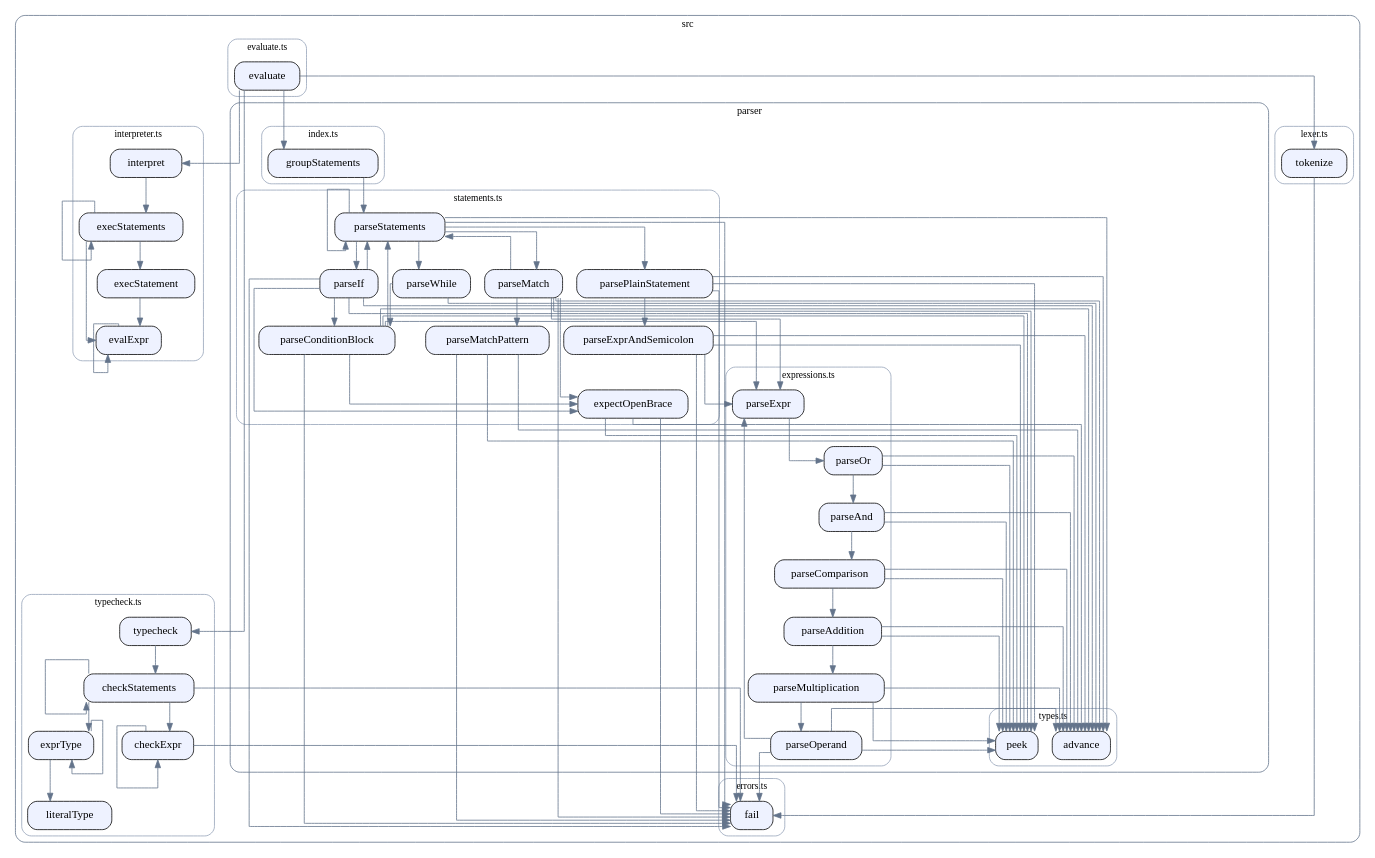
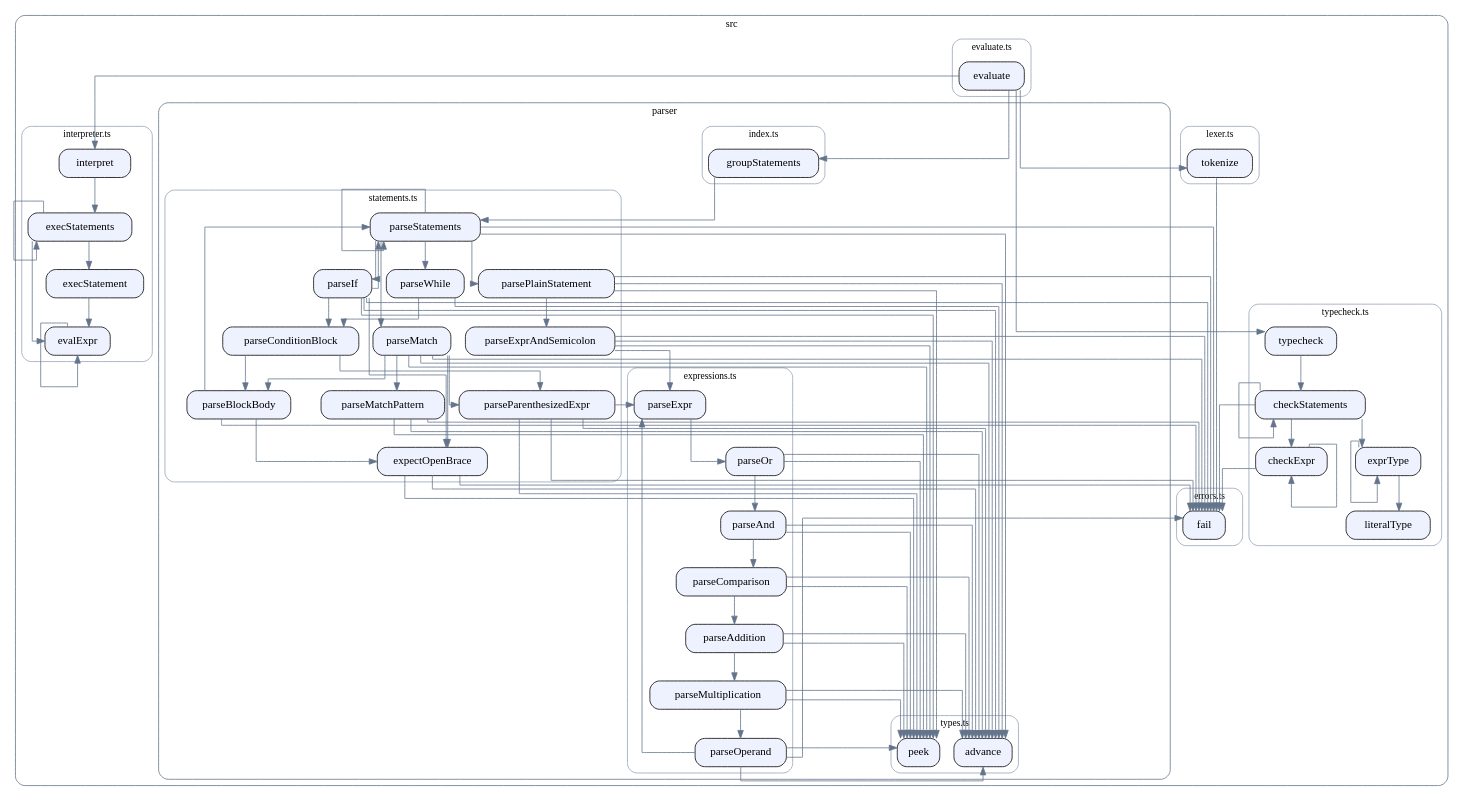
Before and after one commit to SirMathhman/Tuff: the diagram in docs/callgraph.dot, drawn with Graphviz. The commit also changed 4 other files, not shown here.

Commit message:
Extract shared parenthesized-expr and block-body parse helpers

```diff
--- a/docs/callgraph.dot
+++ b/docs/callgraph.dot
@@ -94,6 +94,8 @@
     "src\\parser\\statements.ts::parseExprAndSemicolon" [label="parseExprAndSemicolon"];
     "src\\parser\\statements.ts::expectOpenBrace" [label="expectOpenBrace"];
     "src\\parser\\statements.ts::parsePlainStatement" [label="parsePlainStatement"];
+    "src\\parser\\statements.ts::parseParenthesizedExpr" [label="parseParenthesizedExpr"];
+    "src\\parser\\statements.ts::parseBlockBody" [label="parseBlockBody"];
     "src\\parser\\statements.ts::parseConditionBlock" [label="parseConditionBlock"];
     "src\\parser\\statements.ts::parseIf" [label="parseIf"];
     "src\\parser\\statements.ts::parseWhile" [label="parseWhile"];
@@ -161,12 +163,15 @@
   "src\\parser\\statements.ts::parsePlainStatement" -> "src\\errors.ts::fail";
   "src\\parser\\statements.ts::parsePlainStatement" -> "src\\parser\\types.ts::advance";
   "src\\parser\\statements.ts::parsePlainStatement" -> "src\\parser\\statements.ts::parseExprAndSemicolon";
-  "src\\parser\\statements.ts::parseConditionBlock" -> "src\\parser\\types.ts::peek";
-  "src\\parser\\statements.ts::parseConditionBlock" -> "src\\errors.ts::fail";
-  "src\\parser\\statements.ts::parseConditionBlock" -> "src\\parser\\types.ts::advance";
-  "src\\parser\\statements.ts::parseConditionBlock" -> "src\\parser\\expressions.ts::parseExpr";
-  "src\\parser\\statements.ts::parseConditionBlock" -> "src\\parser\\statements.ts::expectOpenBrace";
-  "src\\parser\\statements.ts::parseConditionBlock" -> "src\\parser\\statements.ts::parseStatements";
+  "src\\parser\\statements.ts::parseParenthesizedExpr" -> "src\\parser\\types.ts::peek";
+  "src\\parser\\statements.ts::parseParenthesizedExpr" -> "src\\errors.ts::fail";
+  "src\\parser\\statements.ts::parseParenthesizedExpr" -> "src\\parser\\types.ts::advance";
+  "src\\parser\\statements.ts::parseParenthesizedExpr" -> "src\\parser\\expressions.ts::parseExpr";
+  "src\\parser\\statements.ts::parseBlockBody" -> "src\\parser\\statements.ts::expectOpenBrace";
+  "src\\parser\\statements.ts::parseBlockBody" -> "src\\parser\\statements.ts::parseStatements";
+  "src\\parser\\statements.ts::parseBlockBody" -> "src\\errors.ts::fail";
+  "src\\parser\\statements.ts::parseConditionBlock" -> "src\\parser\\statements.ts::parseParenthesizedExpr";
+  "src\\parser\\statements.ts::parseConditionBlock" -> "src\\parser\\statements.ts::parseBlockBody";
   "src\\parser\\statements.ts::parseIf" -> "src\\parser\\types.ts::advance";
   "src\\parser\\statements.ts::parseIf" -> "src\\parser\\statements.ts::parseConditionBlock";
   "src\\parser\\statements.ts::parseIf" -> "src\\parser\\types.ts::peek";
@@ -179,12 +184,12 @@
   "src\\parser\\statements.ts::parseMatchPattern" -> "src\\errors.ts::fail";
   "src\\parser\\statements.ts::parseMatchPattern" -> "src\\parser\\types.ts::advance";
   "src\\parser\\statements.ts::parseMatch" -> "src\\parser\\types.ts::advance";
+  "src\\parser\\statements.ts::parseMatch" -> "src\\parser\\statements.ts::parseParenthesizedExpr";
+  "src\\parser\\statements.ts::parseMatch" -> "src\\parser\\statements.ts::expectOpenBrace";
   "src\\parser\\statements.ts::parseMatch" -> "src\\parser\\types.ts::peek";
   "src\\parser\\statements.ts::parseMatch" -> "src\\errors.ts::fail";
-  "src\\parser\\statements.ts::parseMatch" -> "src\\parser\\expressions.ts::parseExpr";
-  "src\\parser\\statements.ts::parseMatch" -> "src\\parser\\statements.ts::expectOpenBrace";
   "src\\parser\\statements.ts::parseMatch" -> "src\\parser\\statements.ts::parseMatchPattern";
-  "src\\parser\\statements.ts::parseMatch" -> "src\\parser\\statements.ts::parseStatements";
+  "src\\parser\\statements.ts::parseMatch" -> "src\\parser\\statements.ts::parseBlockBody";
   "src\\typecheck.ts::checkExpr" -> "src\\typecheck.ts::checkExpr";
   "src\\typecheck.ts::checkExpr" -> "src\\errors.ts::fail";
   "src\\typecheck.ts::exprType" -> "src\\typecheck.ts::literalType";
```
